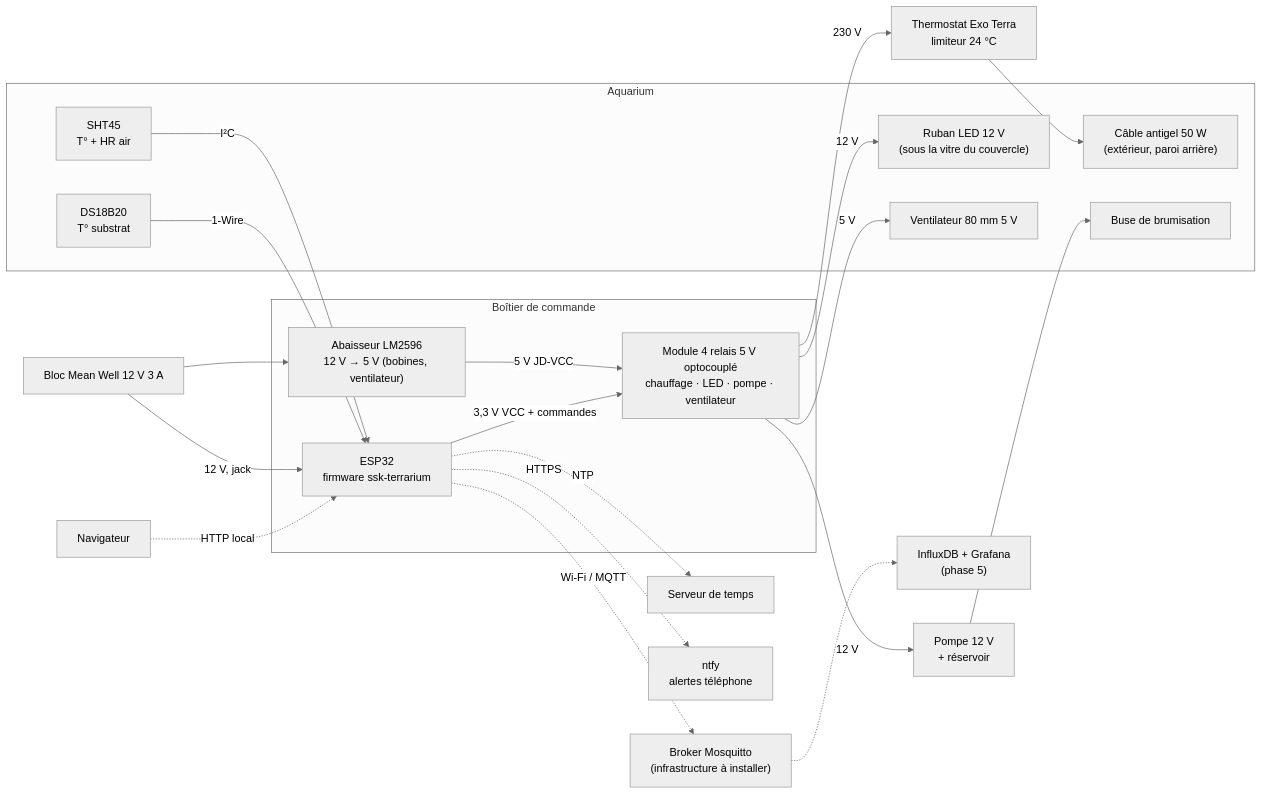
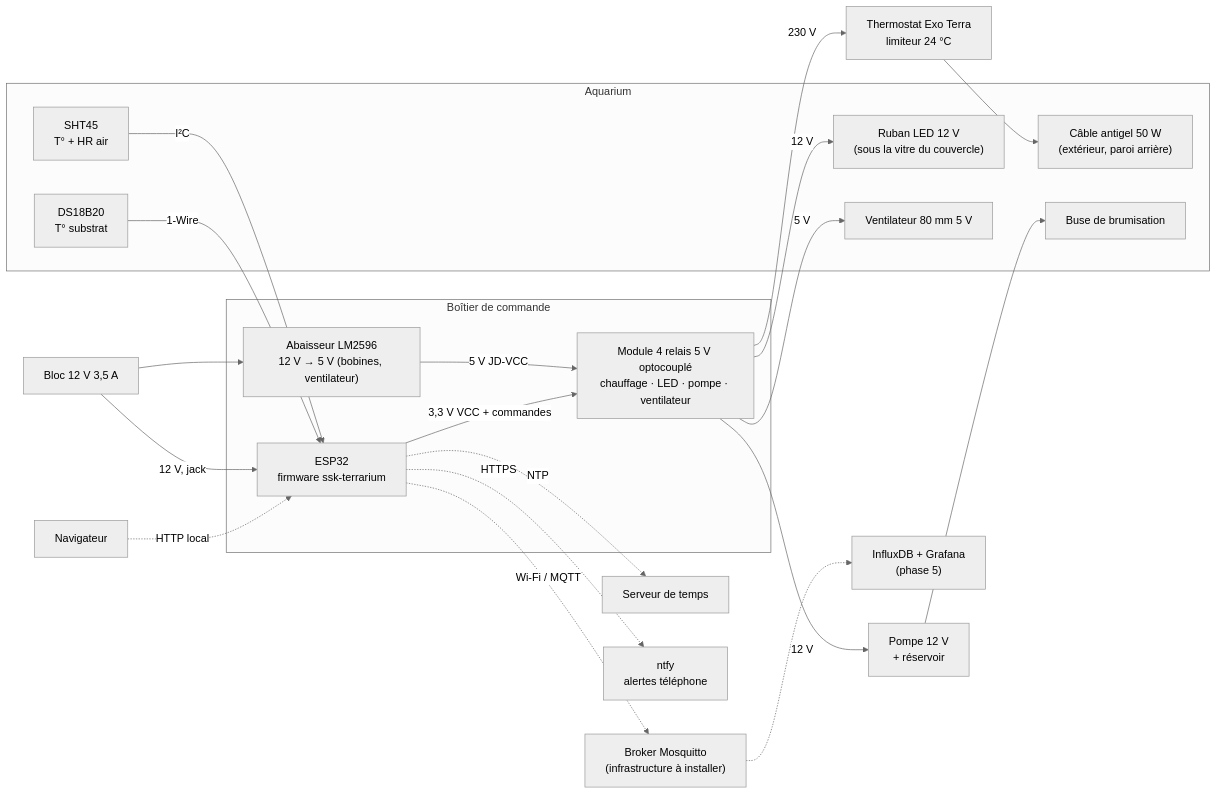
One commit to ssk-it/ssk-terrarium-cadrage changed the diagram in cadrages/2026-001/cadrage.md. Above: the diagram before and after it, drawn with Mermaid (neutral theme). The commit also changed other lines of this file, not shown here.

````diff
--- a/cadrages/2026-001/cadrage.md
+++ b/cadrages/2026-001/cadrage.md
@@ -89,38 +89,38 @@
 ```mermaid
 flowchart LR
     subgraph Bac["Aquarium"]
         SHT["SHT45<br/>T° + HR air"]
         DS["DS18B20<br/>T° substrat"]
         CAB["Câble antigel 50 W<br/>(extérieur, paroi arrière)"]
         LED["Ruban LED 12 V<br/>(sous la vitre du couvercle)"]
         BUSE["Buse de brumisation"]
         VENT["Ventilateur 80 mm 5 V"]
     end
 
     subgraph Boitier["Boîtier de commande"]
         ESP["ESP32<br/>firmware ssk-terrarium"]
         REL["Module 4 relais 5 V optocouplé<br/>chauffage · LED · pompe · ventilateur"]
         BUCK["Abaisseur LM2596<br/>12 V → 5 V (bobines, ventilateur)"]
     end
 
-    ALIM["Bloc Mean Well 12 V 3 A"]
+    ALIM["Bloc 12 V 3,5 A"]
 
     LIM["Thermostat Exo Terra<br/>limiteur 24 °C"]
     POMPE["Pompe 12 V<br/>+ réservoir"]
 
     SHT -- I²C --> ESP
     DS -- 1-Wire --> ESP
     ALIM -- 12 V, jack --> ESP
     ALIM --> BUCK -- 5 V JD-VCC --> REL
     ESP -- 3,3 V VCC + commandes --> REL
     REL -- 230 V --> LIM --> CAB
     REL -- 12 V --> LED
     REL -- 12 V --> POMPE --> BUSE
     REL -- 5 V --> VENT
 
     ESP -. Wi-Fi / MQTT .-> MQTT["Broker Mosquitto<br/>(infrastructure à installer)"]
     ESP -. NTP .-> NTP["Serveur de temps"]
     MQTT -.-> TSDB["InfluxDB + Grafana<br/>(phase 5)"]
     ESP -. HTTPS .-> NTFY["ntfy<br/>alertes téléphone"]
     USER["Navigateur"] -. HTTP local .-> ESP
 ```
````
